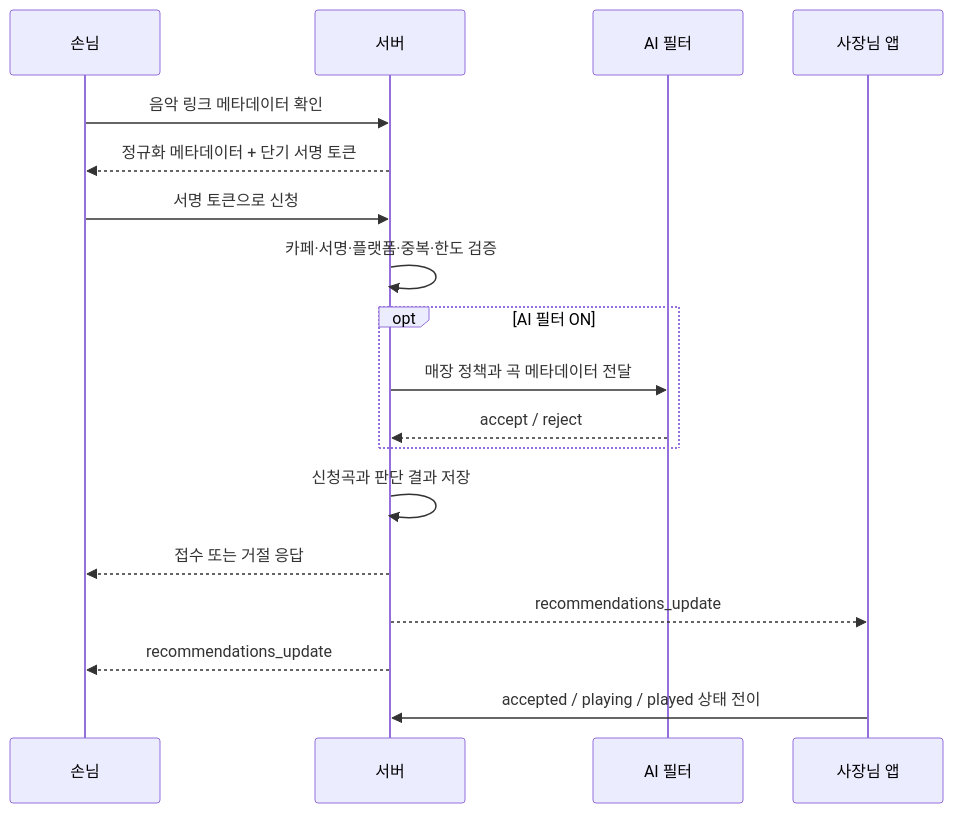
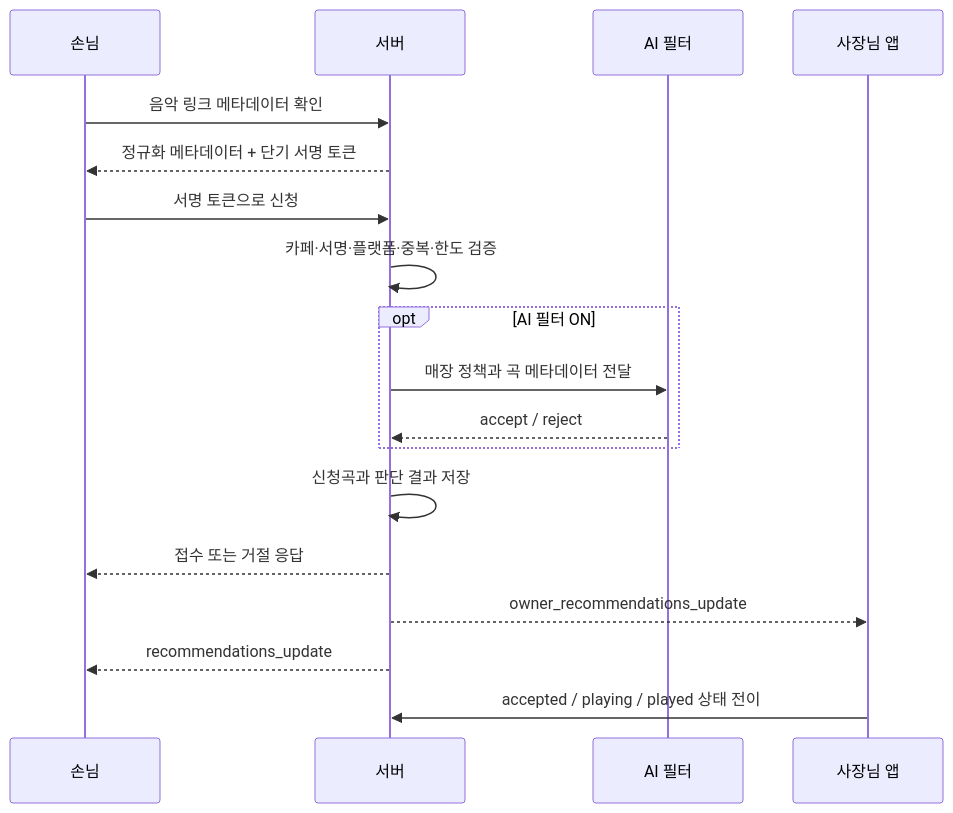
One commit to sngmng6506/caffeine-Flow changed the second of 3 diagrams in docs/ARCHITECTURE.md. Above: the diagram before and after it, drawn with Mermaid. The commit also changed other lines of this file and 56 other files, not shown here.

````diff
--- a/docs/ARCHITECTURE.md
+++ b/docs/ARCHITECTURE.md
@@ -47,21 +47,21 @@
 ```mermaid
 sequenceDiagram
     participant G as 손님
     participant S as 서버
     participant A as AI 필터
     participant O as 사장님 앱
 
     G->>S: 음악 링크 메타데이터 확인
     S-->>G: 정규화 메타데이터 + 단기 서명 토큰
     G->>S: 서명 토큰으로 신청
     S->>S: 카페·서명·플랫폼·중복·한도 검증
     opt AI 필터 ON
         S->>A: 매장 정책과 곡 메타데이터 전달
         A-->>S: accept / reject
     end
     S->>S: 신청곡과 판단 결과 저장
     S-->>G: 접수 또는 거절 응답
-    S-->>O: recommendations_update
+    S-->>O: owner_recommendations_update
     S-->>G: recommendations_update
     O->>S: accepted / playing / played 상태 전이
 ```
````
